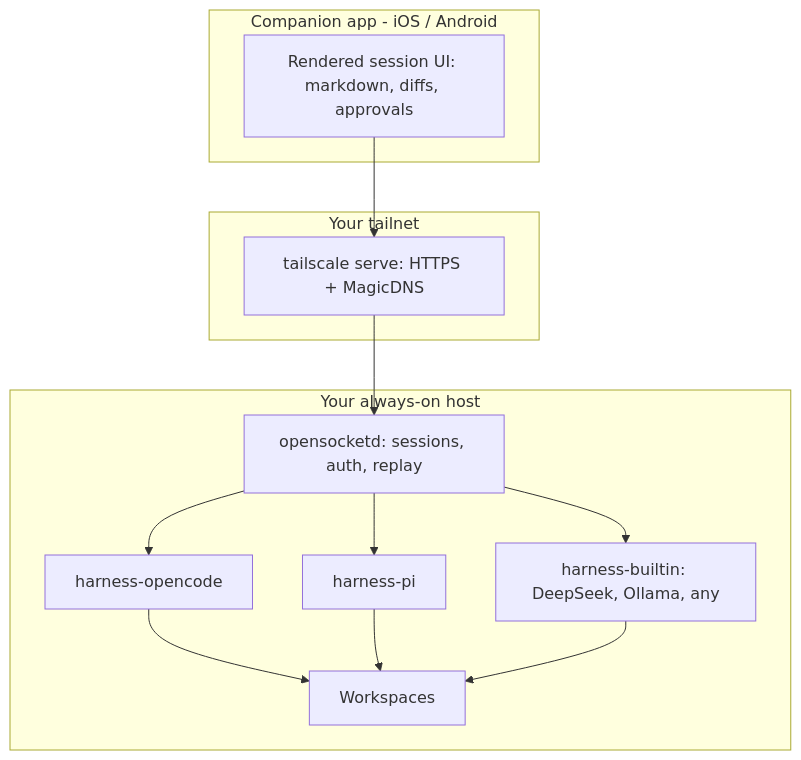
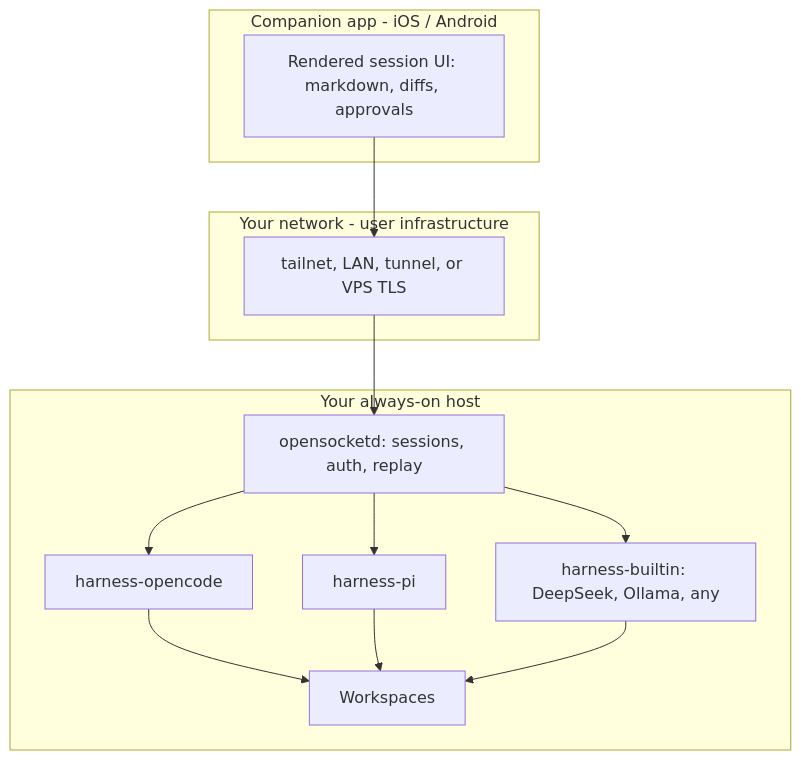
The diagram in PLAN.md (Rahuleus12/Opensocket), drawn with Mermaid before and after one commit. The commit also changed other lines of this file and 3 other files, not shown here.

First line of the commit message:
Treat transport as user infrastructure

````diff
--- a/PLAN.md
+++ b/PLAN.md
@@ -63,23 +68,23 @@
 ```mermaid
 flowchart TB
     subgraph phone["Companion app - iOS / Android"]
         UI["Rendered session UI: markdown, diffs, approvals"]
     end
-    subgraph net["Your tailnet"]
-        TS["tailscale serve: HTTPS + MagicDNS"]
+    subgraph net["Your network - user infrastructure"]
+        TS["tailnet, LAN, tunnel, or VPS TLS"]
     end
     subgraph host["Your always-on host"]
         D["opensocketd: sessions, auth, replay"]
         H1["harness-opencode"]
         H2["harness-pi"]
         H3["harness-builtin: DeepSeek, Ollama, any"]
         W["Workspaces"]
     end
     UI --> TS --> D
     D --> H1
     D --> H2
     D --> H3
     H1 --> W
     H2 --> W
     H3 --> W
 ```
````
